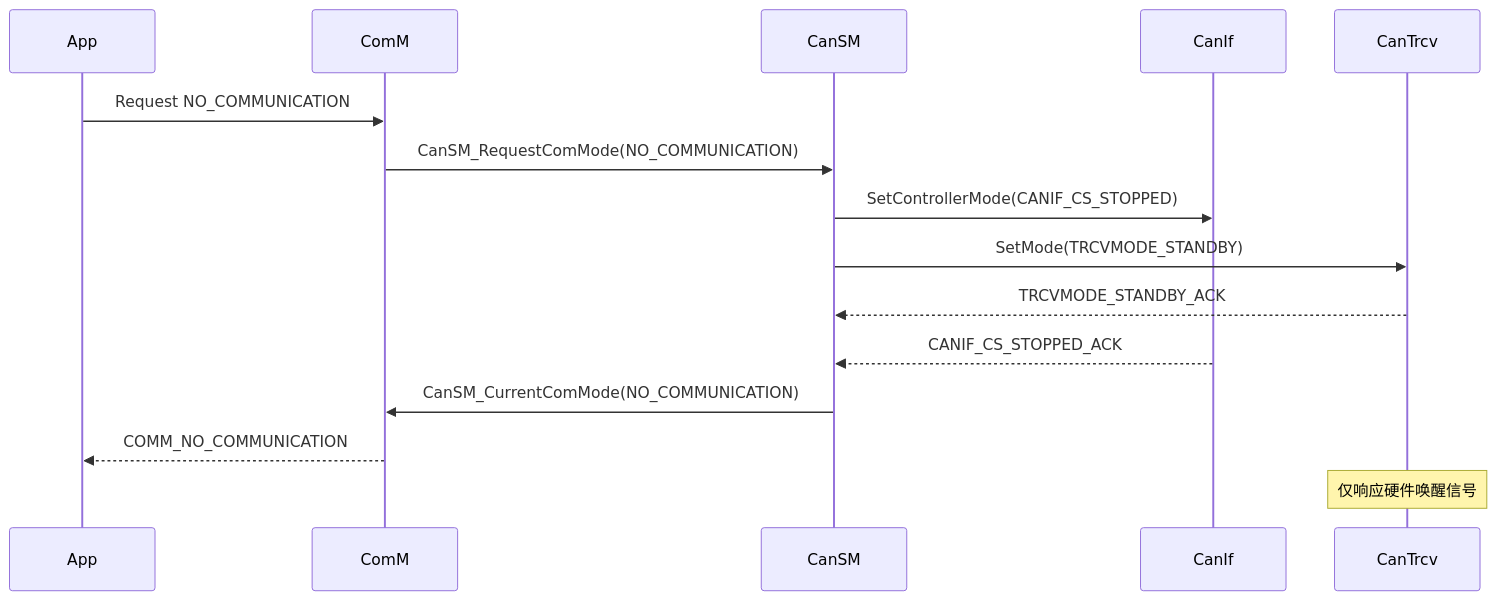
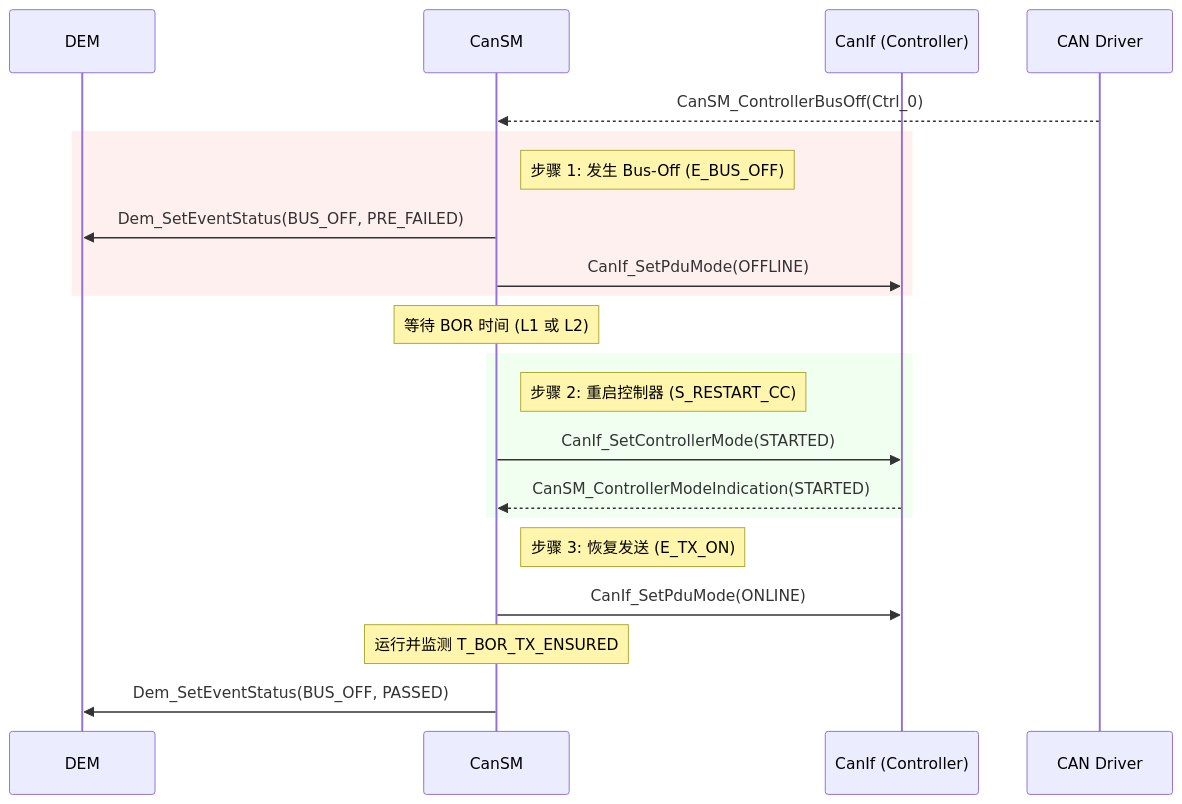
One commit to youShouldTrustMe/youShouldTrustMe.github.io changed the tenth of 13 diagrams in source/_posts/嵌入式/汽车行业标准/AUTOASR.md. Above: the diagram before and after it, drawn with Mermaid. The commit also changed other lines of this file and 12 other files, not shown here.

````diff
--- a/source/_posts/嵌入式/汽车行业标准/AUTOASR.md
+++ b/source/_posts/嵌入式/汽车行业标准/AUTOASR.md
@@ -2422,18 +2779,29 @@
 ```mermaid
 sequenceDiagram
-    participant App
-    participant ComM
+    participant DEM
     participant CanSM
-    participant CanIf
-    participant CanTrcv
+    participant CanIf_Ctrl as CanIf (Controller)
+    participant CanDrv as CAN Driver
 
-    App->>ComM: Request NO_COMMUNICATION
-    ComM->>CanSM: CanSM_RequestComMode(NO_COMMUNICATION)
-    CanSM->>CanIf: SetControllerMode(CANIF_CS_STOPPED)
-    CanSM->>CanTrcv: SetMode(TRCVMODE_STANDBY)
-    CanTrcv-->>CanSM: TRCVMODE_STANDBY_ACK
-    CanIf-->>CanSM: CANIF_CS_STOPPED_ACK
-    CanSM->>ComM: CanSM_CurrentComMode(NO_COMMUNICATION)
-    ComM-->>App: COMM_NO_COMMUNICATION
-    Note over CanTrcv: 仅响应硬件唤醒信号
+    CanDrv-->>CanSM: CanSM_ControllerBusOff(Ctrl_0)
+    
+    rect rgb(255, 240, 240)
+    Note right of CanSM: 步骤 1: 发生 Bus-Off (E_BUS_OFF)
+    CanSM->>DEM: Dem_SetEventStatus(BUS_OFF, PRE_FAILED)
+    CanSM->>CanIf_Ctrl: CanIf_SetPduMode(OFFLINE)
+    end
+
+    Note over CanSM: 等待 BOR 时间 (L1 或 L2)
+
+    rect rgb(240, 255, 240)
+    Note right of CanSM: 步骤 2: 重启控制器 (S_RESTART_CC)
+    CanSM->>CanIf_Ctrl: CanIf_SetControllerMode(STARTED)
+    CanIf_Ctrl-->>CanSM: CanSM_ControllerModeIndication(STARTED)
+    end
+
+    Note right of CanSM: 步骤 3: 恢复发送 (E_TX_ON)
+    CanSM->>CanIf_Ctrl: CanIf_SetPduMode(ONLINE)
+    
+    Note over CanSM: 运行并监测 T_BOR_TX_ENSURED
+    CanSM->>DEM: Dem_SetEventStatus(BUS_OFF, PASSED)
 ```
````
